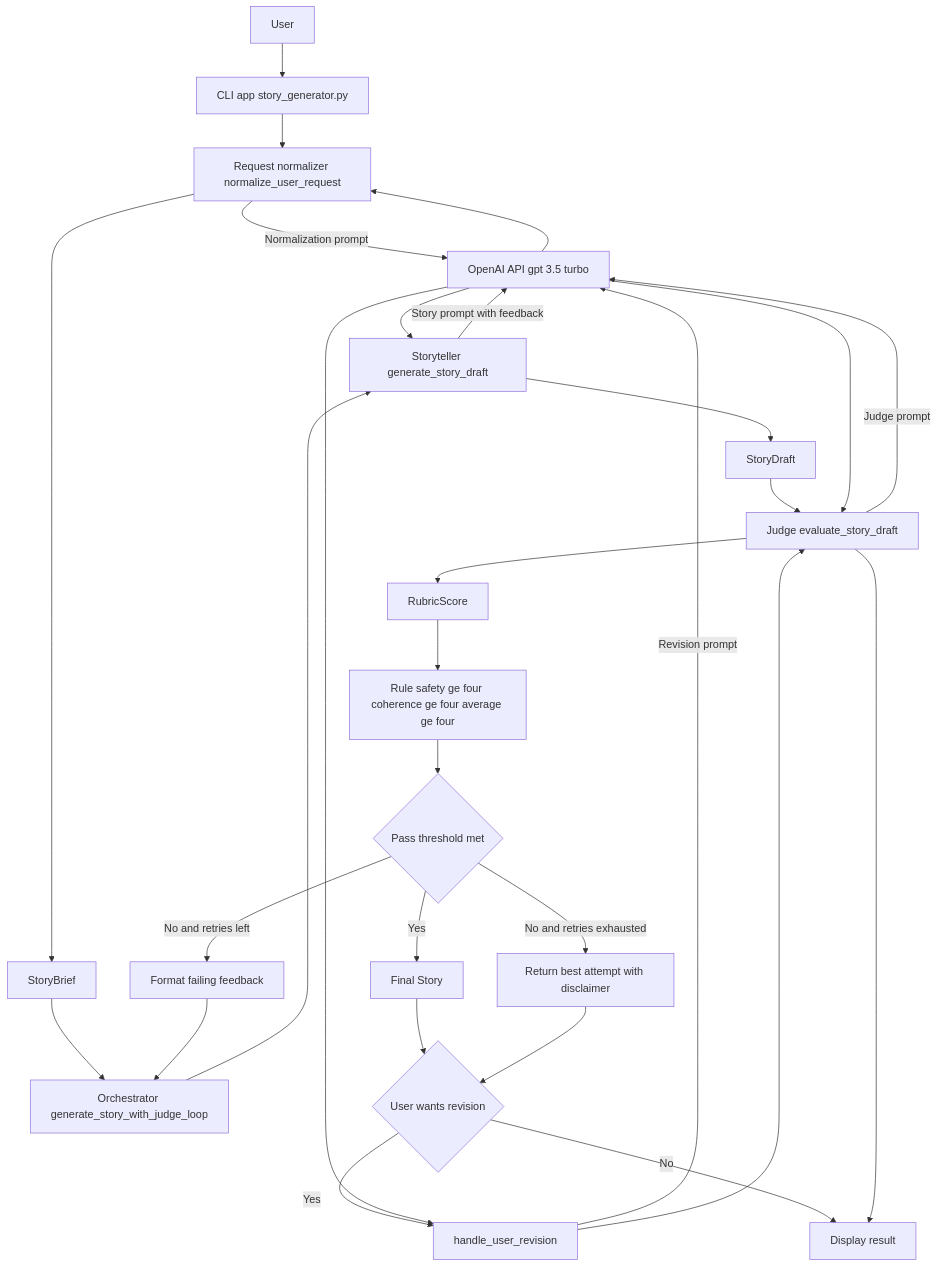
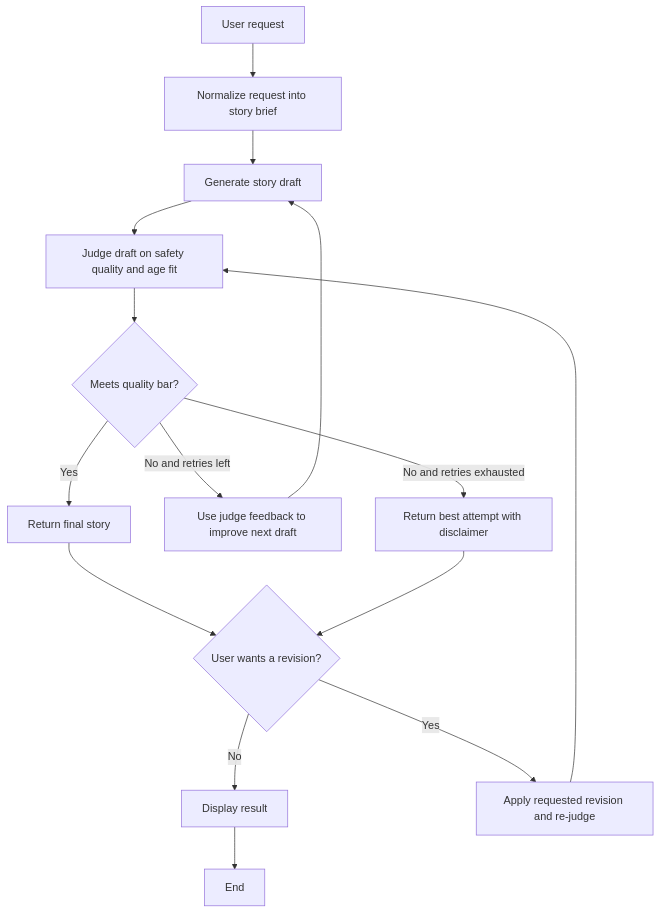
One commit to xosnos/bedtime-stories changed the diagram in README.md. Above: the diagram before and after it, drawn with Mermaid. The commit also changed other lines of this file and 1 other file, not shown here.

Commit message:
Update README.md to improve flowchart clarity and add system block diagram documentation; enhance repository structure section for better understanding.

````diff
--- a/README.md
+++ b/README.md
@@ -23,34 +23,19 @@
 ```mermaid
 flowchart TD
-    U[User] --> CLI[CLI app story_generator.py]
-    CLI --> N[Request normalizer normalize_user_request]
-    N -->|Normalization prompt| M[OpenAI API gpt 3.5 turbo]
-    M --> N
-    N --> B[StoryBrief]
+    U[User request] --> N[Normalize request into story brief]
+    N --> G[Generate story draft]
+    G --> J[Judge draft on safety quality and age fit]
+    J --> D{Meets quality bar?}
 
-    B --> O[Orchestrator generate_story_with_judge_loop]
-    O --> S[Storyteller generate_story_draft]
-    S -->|Story prompt with feedback| M
-    M --> S
-    S --> D[StoryDraft]
+    D -->|Yes| F[Return final story]
+    D -->|No and retries left| FB[Use judge feedback to improve next draft]
+    FB --> G
+    D -->|No and retries exhausted| B[Return best attempt with disclaimer]
 
-    D --> J[Judge evaluate_story_draft]
-    J -->|Judge prompt| M
-    M --> J
-    J --> R[RubricScore]
-    R --> P[Rule safety ge four coherence ge four average ge four]
-    P --> T{Pass threshold met}
-    T -->|Yes| F[Final Story]
-    T -->|No and retries left| FB[Format failing feedback]
-    FB --> O
-    T -->|No and retries exhausted| BEST[Return best attempt with disclaimer]
-
-    F --> REV{User wants revision}
-    BEST --> REV
-    REV -->|Yes| HR[handle_user_revision]
-    HR -->|Revision prompt| M
-    M --> HR
-    HR --> J
-    REV -->|No| OUT[Display result]
-    J --> OUT
+    F --> R{User wants a revision?}
+    B --> R
+    R -->|No| O[Display result]
+    R -->|Yes| V[Apply requested revision and re-judge]
+    V --> J
+    O --> E[End]
 ```
````
